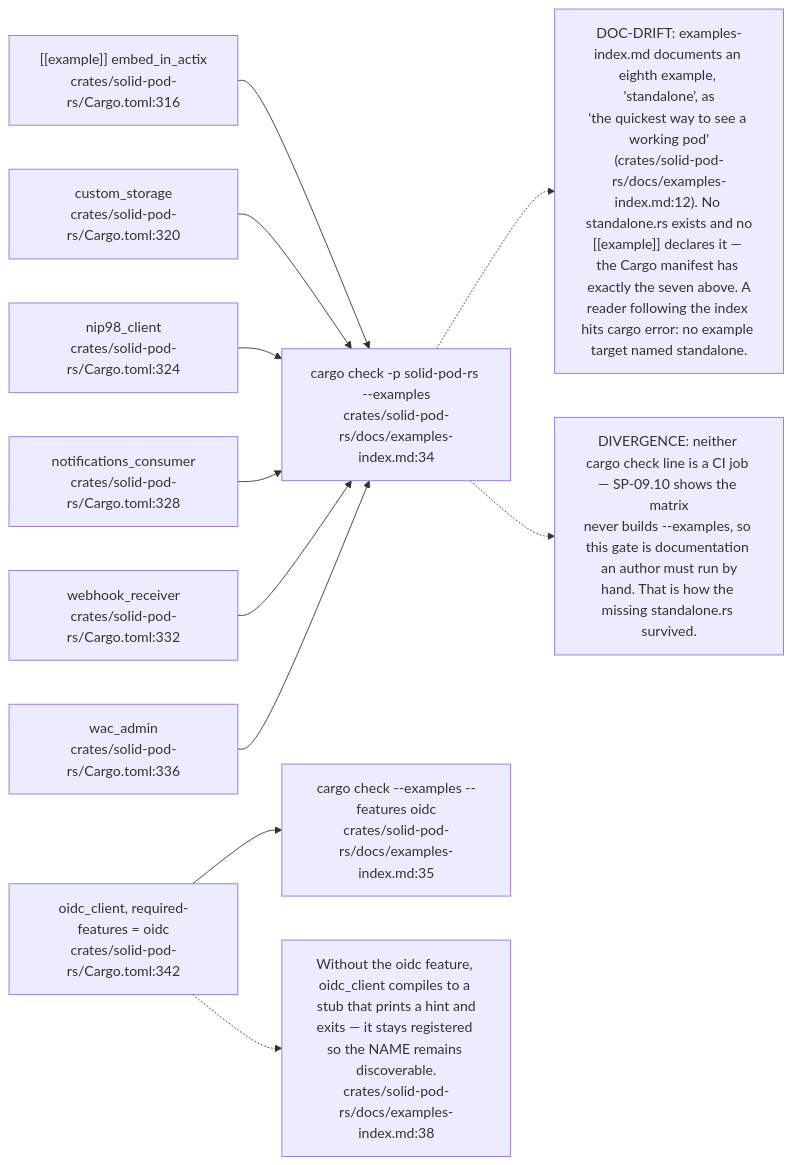
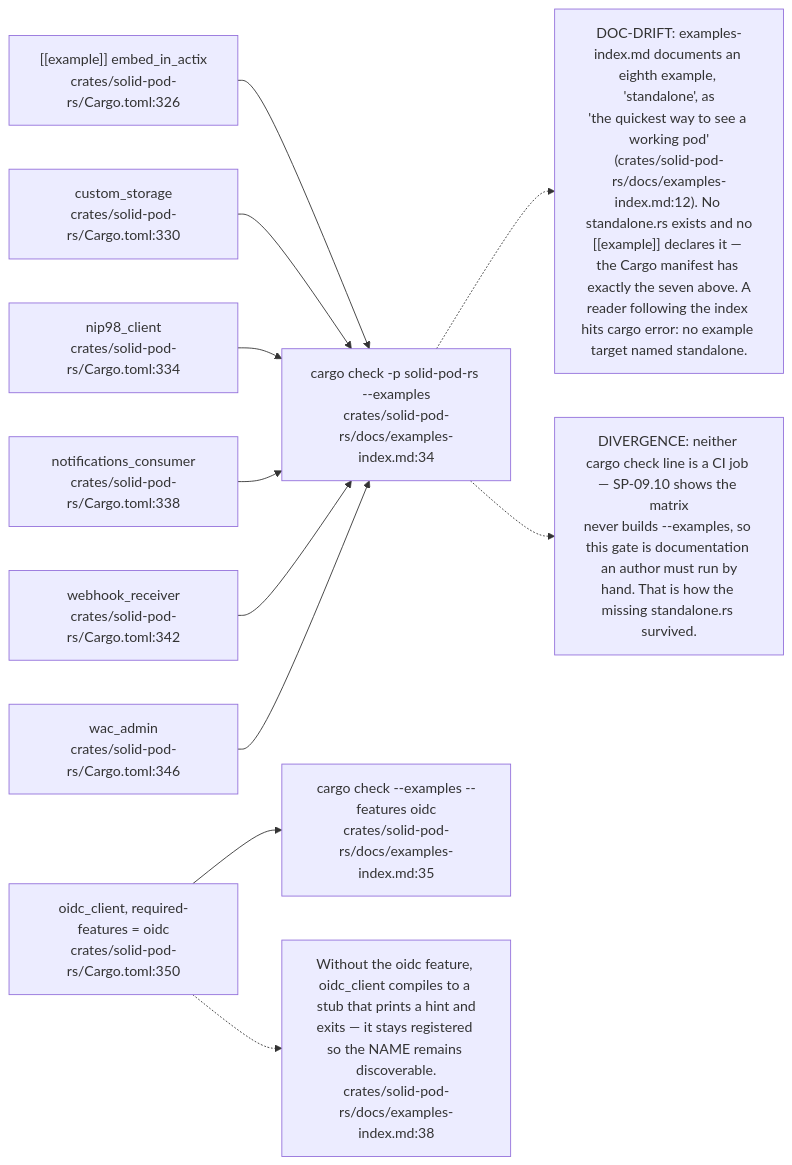
Before and after one commit to DreamLab-AI/VisionFlow: diagram 12 of 12 in docs/diagrams/solid-pod-rs/01-workspace-composition.md, drawn with Mermaid. The commit also changed other lines of this file and 21 other files, not shown here.

Commit message:
docs(diagrams): refresh first verified estate batch

````diff
--- a/docs/diagrams/solid-pod-rs/01-workspace-composition.md
+++ b/docs/diagrams/solid-pod-rs/01-workspace-composition.md
@@ -331,27 +333,27 @@
 ```mermaid
 flowchart LR
-    D1["[[example]] embed_in_actix<br/>crates/solid-pod-rs/Cargo.toml:316"]
-    D2["custom_storage<br/>crates/solid-pod-rs/Cargo.toml:320"]
-    D3["nip98_client<br/>crates/solid-pod-rs/Cargo.toml:324"]
-    D4["notifications_consumer<br/>crates/solid-pod-rs/Cargo.toml:328"]
-    D5["webhook_receiver<br/>crates/solid-pod-rs/Cargo.toml:332"]
-    D6["wac_admin<br/>crates/solid-pod-rs/Cargo.toml:336"]
-    D7["oidc_client, required-features = oidc<br/>crates/solid-pod-rs/Cargo.toml:342"]
+    D1["[[example]] embed_in_actix<br/>crates/solid-pod-rs/Cargo.toml:326"]
+    D2["custom_storage<br/>crates/solid-pod-rs/Cargo.toml:330"]
+    D3["nip98_client<br/>crates/solid-pod-rs/Cargo.toml:334"]
+    D4["notifications_consumer<br/>crates/solid-pod-rs/Cargo.toml:338"]
+    D5["webhook_receiver<br/>crates/solid-pod-rs/Cargo.toml:342"]
+    D6["wac_admin<br/>crates/solid-pod-rs/Cargo.toml:346"]
+    D7["oidc_client, required-features = oidc<br/>crates/solid-pod-rs/Cargo.toml:350"]
     C1["cargo check -p solid-pod-rs --examples<br/>crates/solid-pod-rs/docs/examples-index.md:34"]
     C2["cargo check --examples --features oidc<br/>crates/solid-pod-rs/docs/examples-index.md:35"]
 
     D1 --> C1
     D2 --> C1
     D3 --> C1
     D4 --> C1
     D5 --> C1
     D6 --> C1
     D7 --> C2
 
     N["Without the oidc feature, oidc_client compiles to a stub that prints a hint and<br/>exits — it stays registered so the NAME remains discoverable.<br/>crates/solid-pod-rs/docs/examples-index.md:38"]
     D7 -.-> N
     N2["DOC-DRIFT: examples-index.md documents an eighth example, 'standalone', as<br/>'the quickest way to see a working pod'<br/>(crates/solid-pod-rs/docs/examples-index.md:12). No standalone.rs exists and no<br/>[[example]] declares it — the Cargo manifest has exactly the seven above. A<br/>reader following the index hits cargo error: no example target named standalone."]
     C1 -.-> N2
     N3["DIVERGENCE: neither cargo check line is a CI job — SP-09.10 shows the matrix<br/>never builds --examples, so this gate is documentation an author must run by<br/>hand. That is how the missing standalone.rs survived."]
     C1 -.-> N3
 ```
````
